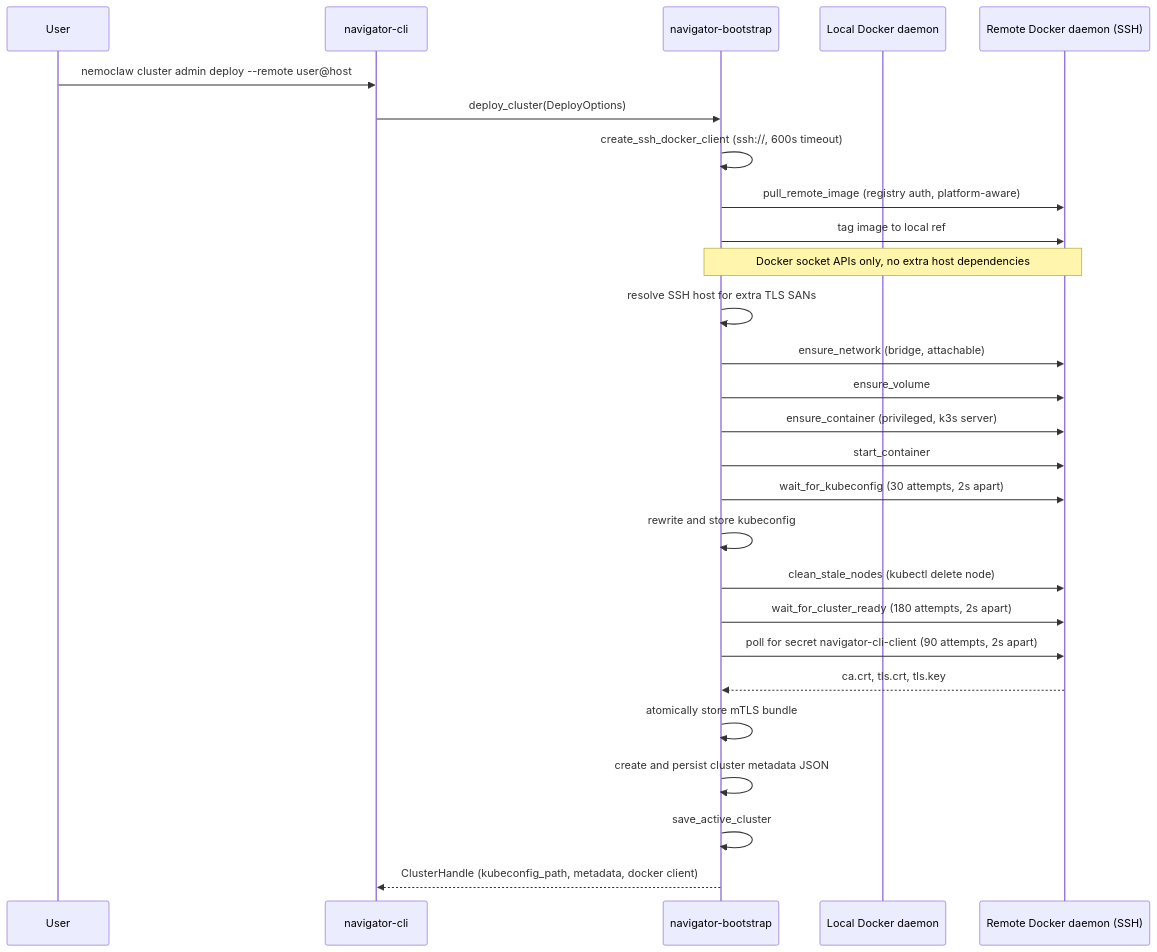
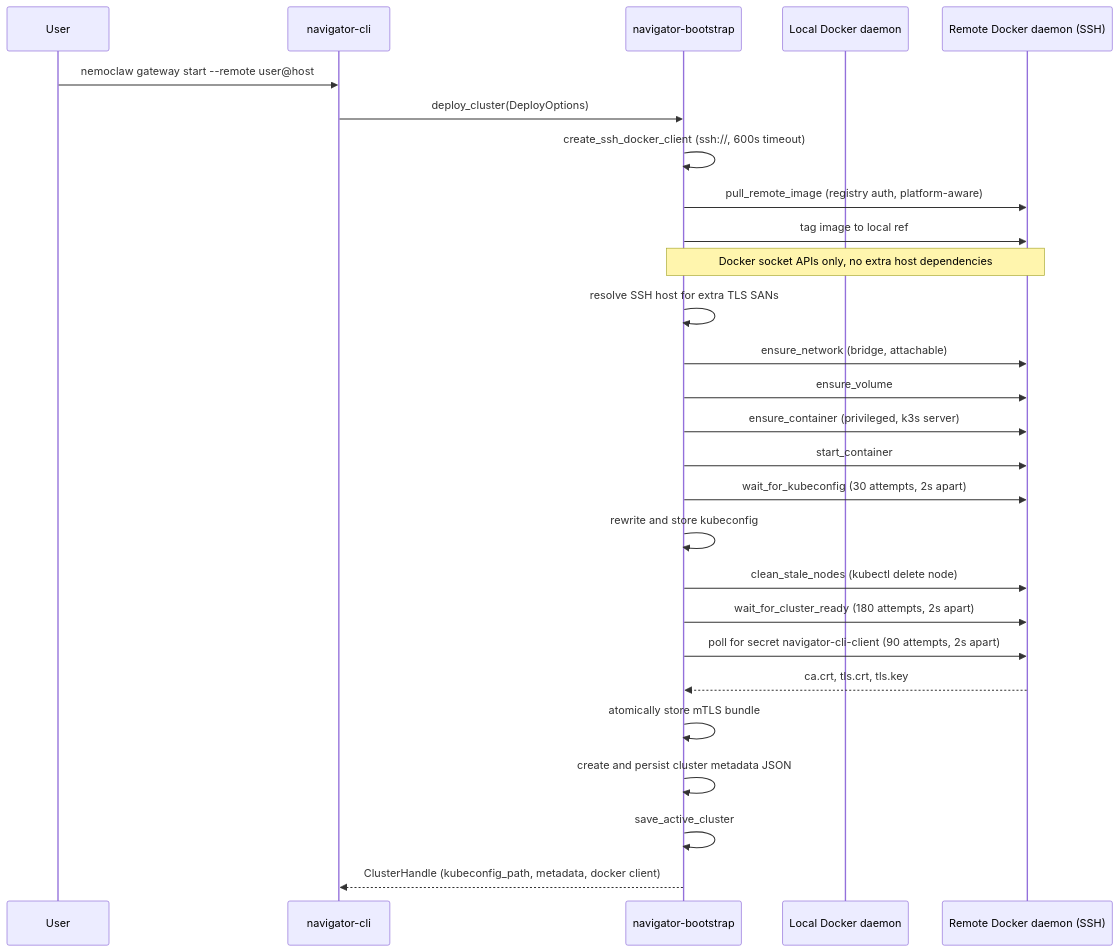
Before and after one commit to NVIDIA/OpenShell: the first of 3 diagrams in architecture/cluster-single-node.md, drawn with Mermaid. The commit also changed other lines of this file and 24 other files, not shown here.

````diff
--- a/architecture/cluster-single-node.md
+++ b/architecture/cluster-single-node.md
@@ -71,33 +71,33 @@
 ```mermaid
 sequenceDiagram
   participant U as User
   participant C as navigator-cli
   participant B as navigator-bootstrap
   participant L as Local Docker daemon
   participant R as Remote Docker daemon (SSH)
 
-  U->>C: nemoclaw cluster admin deploy --remote user@host
+  U->>C: nemoclaw gateway start --remote user@host
   C->>B: deploy_cluster(DeployOptions)
 
   B->>B: create_ssh_docker_client (ssh://, 600s timeout)
   B->>R: pull_remote_image (registry auth, platform-aware)
   B->>R: tag image to local ref
 
   Note over B,R: Docker socket APIs only, no extra host dependencies
 
   B->>B: resolve SSH host for extra TLS SANs
   B->>R: ensure_network (bridge, attachable)
   B->>R: ensure_volume
   B->>R: ensure_container (privileged, k3s server)
   B->>R: start_container
   B->>R: wait_for_kubeconfig (30 attempts, 2s apart)
   B->>B: rewrite and store kubeconfig
   B->>R: clean_stale_nodes (kubectl delete node)
   B->>R: wait_for_cluster_ready (180 attempts, 2s apart)
   B->>R: poll for secret navigator-cli-client (90 attempts, 2s apart)
   R-->>B: ca.crt, tls.crt, tls.key
   B->>B: atomically store mTLS bundle
   B->>B: create and persist cluster metadata JSON
   B->>B: save_active_cluster
   B-->>C: ClusterHandle (kubeconfig_path, metadata, docker client)
 ```
````
